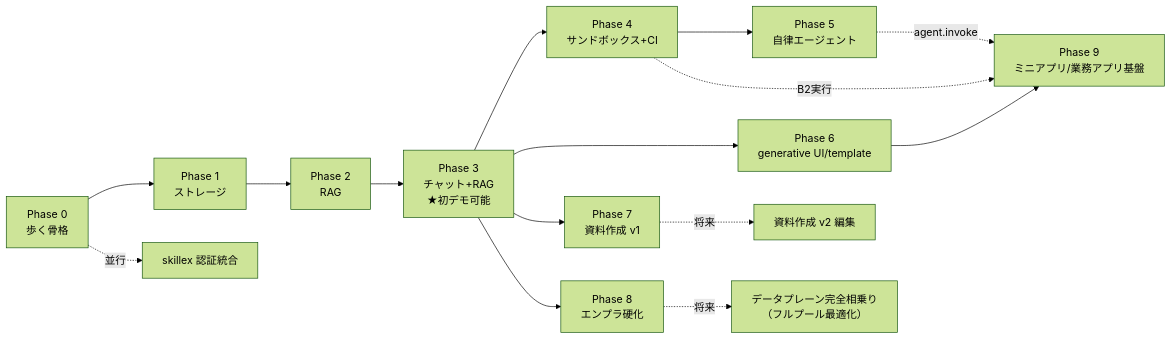
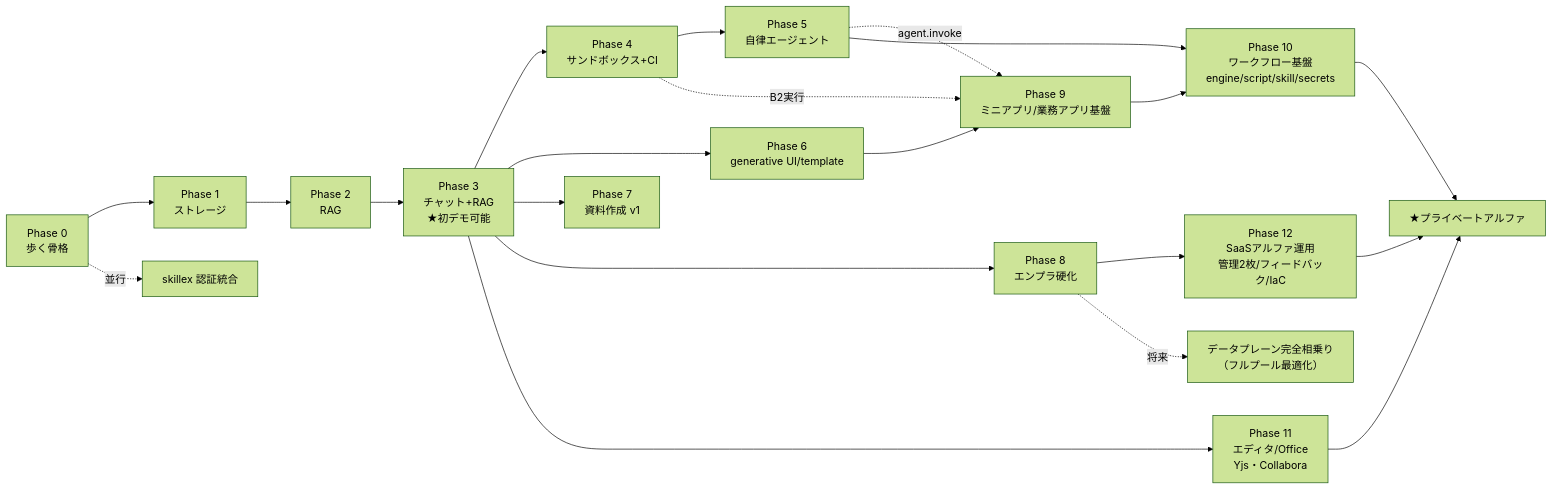
One commit to imanect-labs/shiki-platform changed the diagram in docs/roadmap.md. Above: the diagram before and after it, drawn with Mermaid (forest theme). The commit also changed other lines of this file and 12 other files, not shown here.

````diff
--- a/docs/roadmap.md
+++ b/docs/roadmap.md
@@ -17,17 +18,23 @@
 ```mermaid
 flowchart LR
   P0["Phase 0<br/>歩く骨格"] --> P1["Phase 1<br/>ストレージ"]
   P1 --> P2["Phase 2<br/>RAG"]
   P2 --> P3["Phase 3<br/>チャット+RAG<br/>★初デモ可能"]
   P3 --> P4["Phase 4<br/>サンドボックス+CI"]
   P4 --> P5["Phase 5<br/>自律エージェント"]
   P3 --> P6["Phase 6<br/>generative UI/template"]
   P6 --> P9["Phase 9<br/>ミニアプリ/業務アプリ基盤"]
   P4 -.->|B2実行| P9
   P5 -.->|agent.invoke| P9
   P3 --> P7["Phase 7<br/>資料作成 v1"]
   P3 --> P8["Phase 8<br/>エンプラ硬化"]
+  P5 --> P10["Phase 10<br/>ワークフロー基盤<br/>engine/script/skill/secrets"]
+  P9 --> P10
+  P3 --> P11["Phase 11<br/>エディタ/Office<br/>Yjs・Collabora"]
+  P8 --> P12["Phase 12<br/>SaaSアルファ運用<br/>管理2枚/フィードバック/IaC"]
+  P10 --> ALPHA["★プライベートアルファ"]
+  P11 --> ALPHA
+  P12 --> ALPHA
   P0 -.->|並行| SK["skillex 認証統合"]
-  P7 -.->|将来| V2["資料作成 v2 編集"]
   P8 -.->|将来| FULLPOOL["データプレーン完全相乗り<br/>（フルプール最適化）"]
 ```
````
